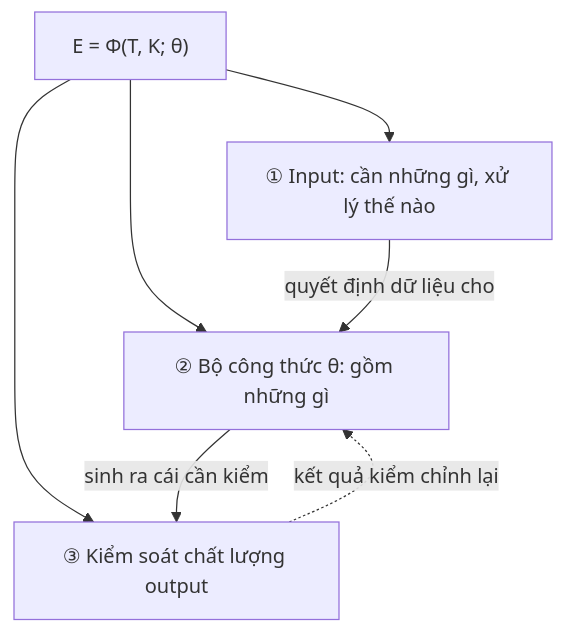
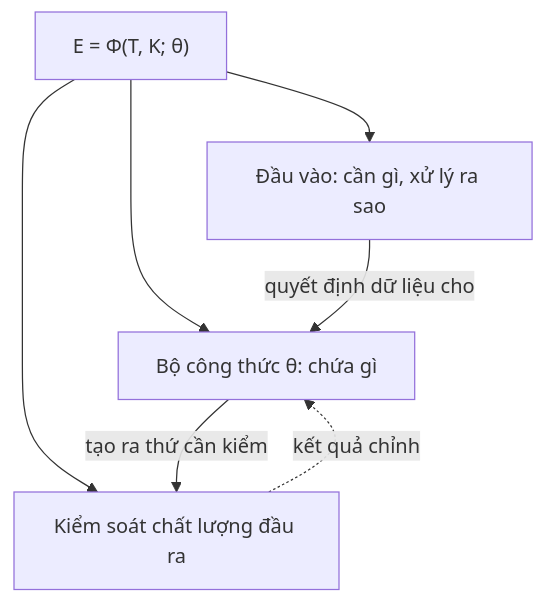
Before and after one commit to ndmhuy/ASTRA: the third of 16 diagrams in docs/ct-slide-plan.md, drawn with Mermaid. The commit also changed other lines of this file and 1 other file, not shown here.

````diff
--- a/docs/ct-slide-plan.md
+++ b/docs/ct-slide-plan.md
@@ -229,13 +189,13 @@
 ```mermaid
 flowchart TD
     ROOT["E = Φ(T, K; θ)"]
-    A["① Input: cần những gì, xử lý thế nào"]
-    B["② Bộ công thức θ: gồm những gì"]
-    C["③ Kiểm soát chất lượng output"]
+    A["Đầu vào: cần gì, xử lý ra sao"]
+    B["Bộ công thức θ: chứa gì"]
+    C["Kiểm soát chất lượng đầu ra"]
     ROOT --> A
     ROOT --> B
     ROOT --> C
     A -- "quyết định dữ liệu cho" --> B
-    B -- "sinh ra cái cần kiểm" --> C
-    C -. "kết quả kiểm chỉnh lại" .-> B
+    B -- "tạo ra thứ cần kiểm" --> C
+    C -. "kết quả chỉnh" .-> B
 ```
````
